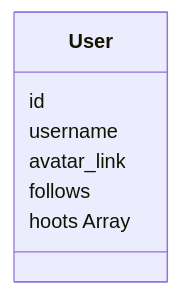
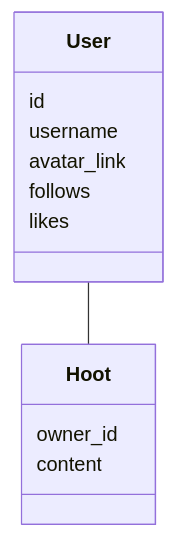
One commit to mlamarques/hoot-app changed the third of 3 diagrams in Jornal.md. Above: the diagram before and after it, drawn with Mermaid. The commit also changed other lines of this file, not shown here.

Commit message:
Update: journal

````diff
--- a/Jornal.md
+++ b/Jornal.md
@@ -46,10 +46,16 @@
 ```mermaid
 classDiagram
 	class User{
 		id
 		username
 		avatar_link
 		follows
-		hoots Array
+		likes
 	}
+
+	class Hoot{
+		owner_id
+		content
+	}
+	User  --  Hoot
 ```
````
